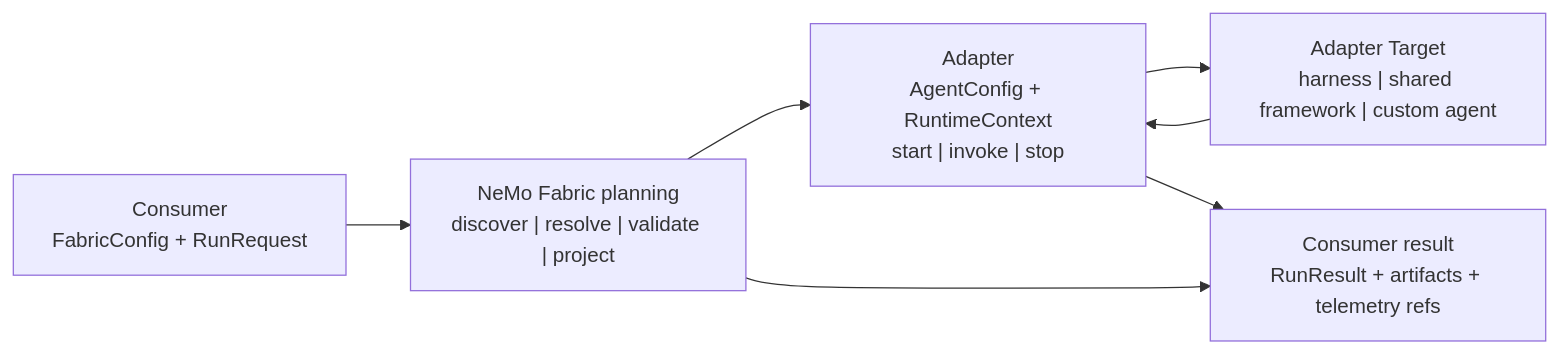
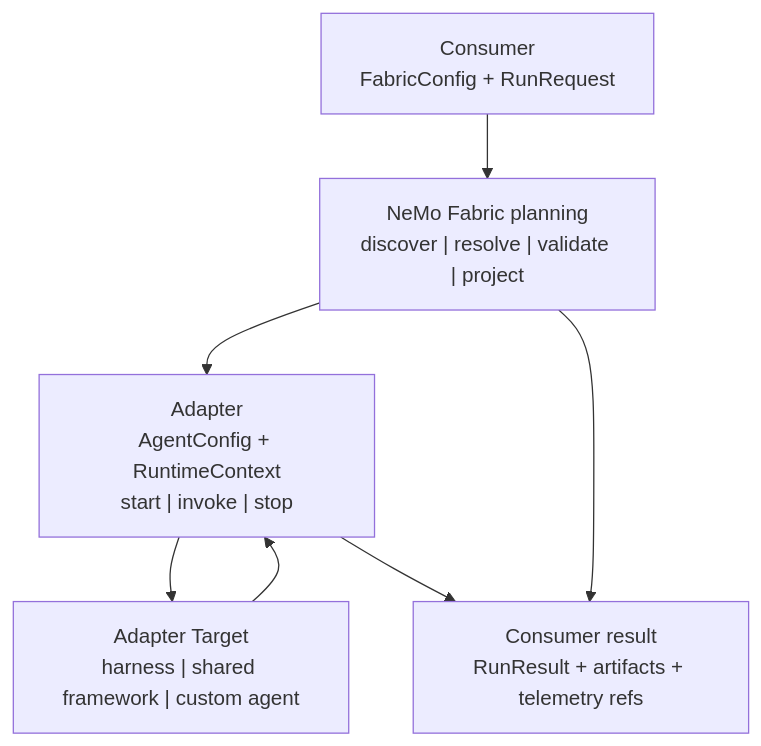
Before and after one commit to AnuradhaKaruppiah/NeMo-Fabric: the diagram in docs/adapter-contract/README.md, drawn with Mermaid. The commit also changed other lines of this file and 6 other files, not shown here.

````diff
--- a/docs/adapter-contract/README.md
+++ b/docs/adapter-contract/README.md
@@ -32,12 +32,12 @@
 ```mermaid
-flowchart LR
+flowchart TD
     Consumer["Consumer<br/>FabricConfig + RunRequest"]
     Planning["NeMo Fabric planning<br/>discover | resolve | validate | project"]
     Adapter["Adapter<br/>AgentConfig + RuntimeContext<br/>start | invoke | stop"]
     Target["Adapter Target<br/>harness | shared framework | custom agent"]
     Result["Consumer result<br/>RunResult + artifacts + telemetry refs"]
 
     Consumer --> Planning --> Adapter --> Target
     Target --> Adapter --> Result
     Planning --> Result
 ```
````
